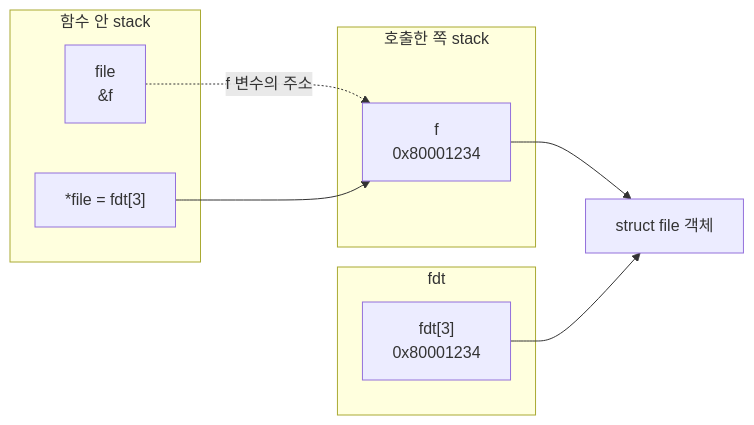
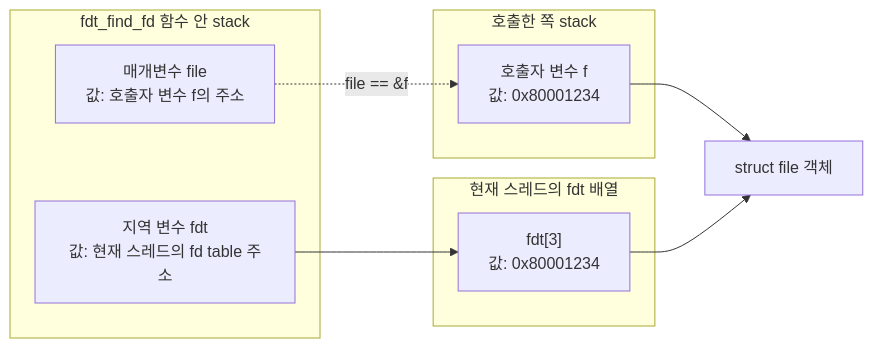
One commit to Jungle-12-303/week09-team-04-pintos-threads changed the fourth of 4 diagrams in docs/트러블슈팅/syscall-구현-전-필수-학습.md. Above: the diagram before and after it, drawn with Mermaid. The commit also changed other lines of this file, not shown here.

Commit message:
Clarify double pointer Mermaid diagrams

````diff
--- a/docs/트러블슈팅/syscall-구현-전-필수-학습.md
+++ b/docs/트러블슈팅/syscall-구현-전-필수-학습.md
@@ -292,22 +296,22 @@
 ```mermaid
 flowchart LR
 	subgraph Caller["호출한 쪽 stack"]
-		f["f<br/>0x80001234"]
+		f["호출자 변수 f<br/>값: 0x80001234"]
 	end
 
-	subgraph Callee["함수 안 stack"]
-		file["file<br/>&f"]
-		assign["*file = fdt[3]"]
+	subgraph Callee["fdt_find_fd 함수 안 stack"]
+		file["매개변수 file<br/>값: 호출자 변수 f의 주소"]
+		fdtLocal["지역 변수 fdt<br/>값: 현재 스레드의 fd table 주소"]
 	end
 
-	subgraph FDT["fdt"]
-		fdt3["fdt[3]<br/>0x80001234"]
+	subgraph FDT["현재 스레드의 fdt 배열"]
+		fdt3["fdt[3]<br/>값: 0x80001234"]
 	end
 
 	obj["struct file 객체"]
 
-	file -. "f 변수의 주소" .-> f
-	assign --> f
+	file -. "file == &f" .-> f
+	fdtLocal --> fdt3
 	f --> obj
 	fdt3 --> obj
 ```
````
